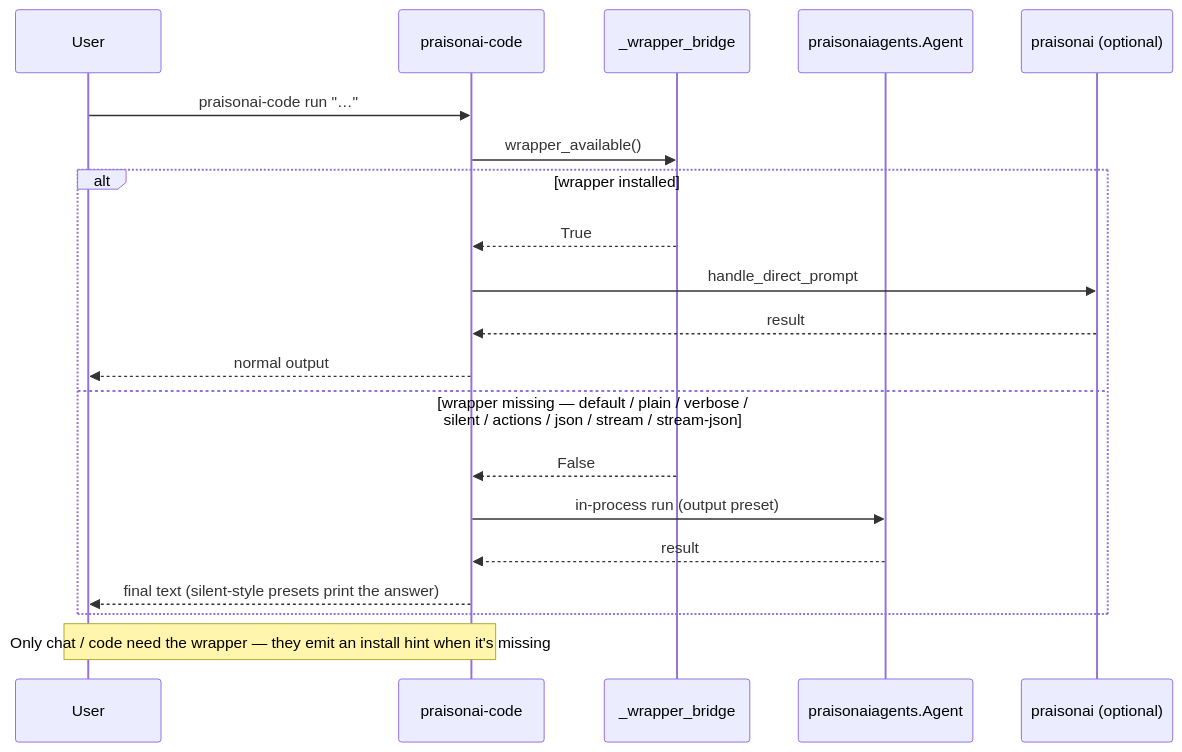
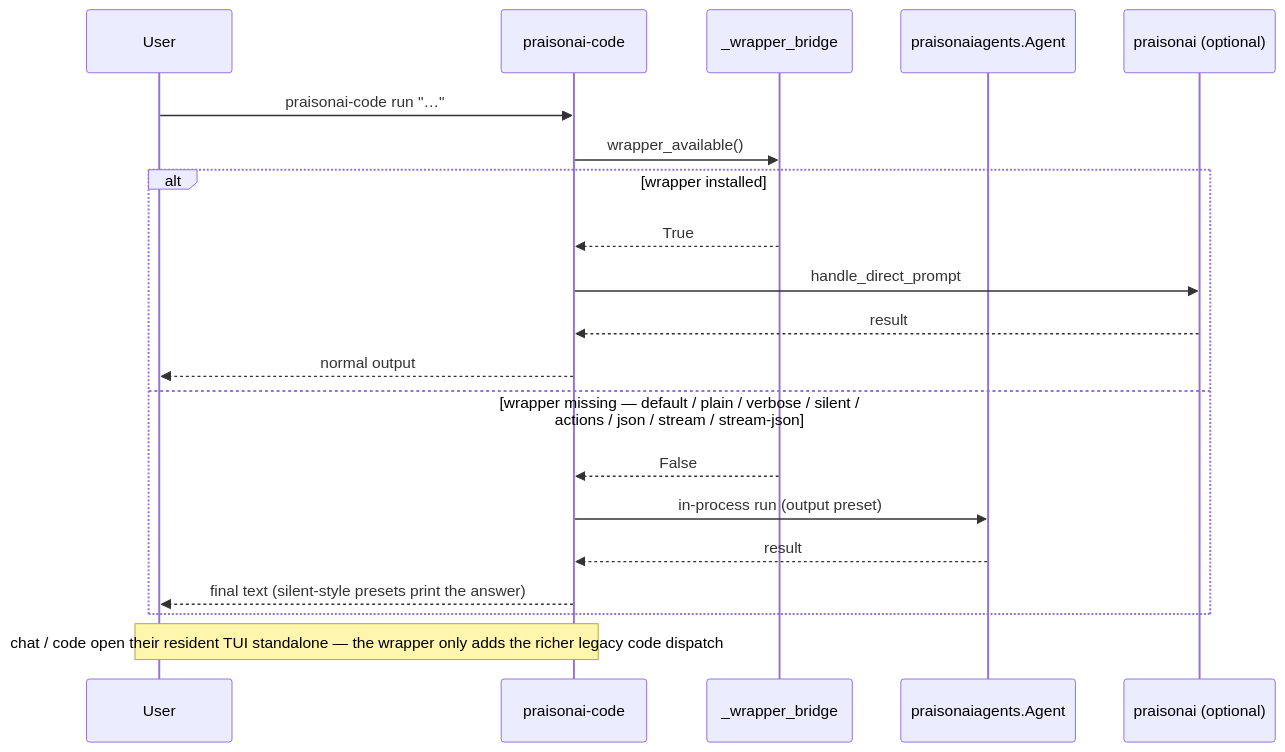
One commit to MervinPraison/PraisonAIDocs changed the fourth of 5 diagrams in docs/features/praisonai-code-cli.mdx. Above: the diagram before and after it, drawn with Mermaid. The commit also changed other lines of this file and 9 other files, not shown here.

First line of the commit message:
docs: standalone praisonai-code now runs full interactive chat/code TUI (fixes #2828)

````diff
--- a/docs/features/praisonai-code-cli.mdx
+++ b/docs/features/praisonai-code-cli.mdx
@@ -113,23 +160,23 @@
 ```mermaid
 sequenceDiagram
     participant User
     participant CLI as praisonai-code
     participant Bridge as _wrapper_bridge
     participant Agent as praisonaiagents.Agent
     participant Wrapper as praisonai (optional)
 
     User->>CLI: praisonai-code run "…"
     CLI->>Bridge: wrapper_available()
     alt wrapper installed
         Bridge-->>CLI: True
         CLI->>Wrapper: handle_direct_prompt
         Wrapper-->>CLI: result
         CLI-->>User: normal output
     else wrapper missing — default / plain / verbose / silent / actions / json / stream / stream-json
         Bridge-->>CLI: False
         CLI->>Agent: in-process run (output preset)
         Agent-->>CLI: result
         CLI-->>User: final text (silent-style presets print the answer)
     end
-    Note over User,CLI: Only chat / code need the wrapper — they emit an install hint when it's missing
+    Note over User,CLI: chat / code open their resident TUI standalone — the wrapper only adds the richer legacy code dispatch
 ```
````
